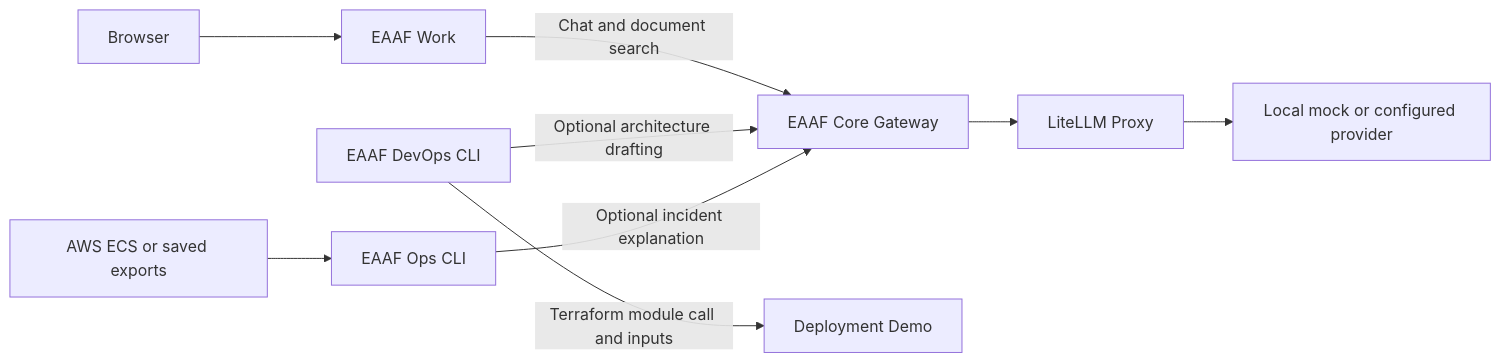
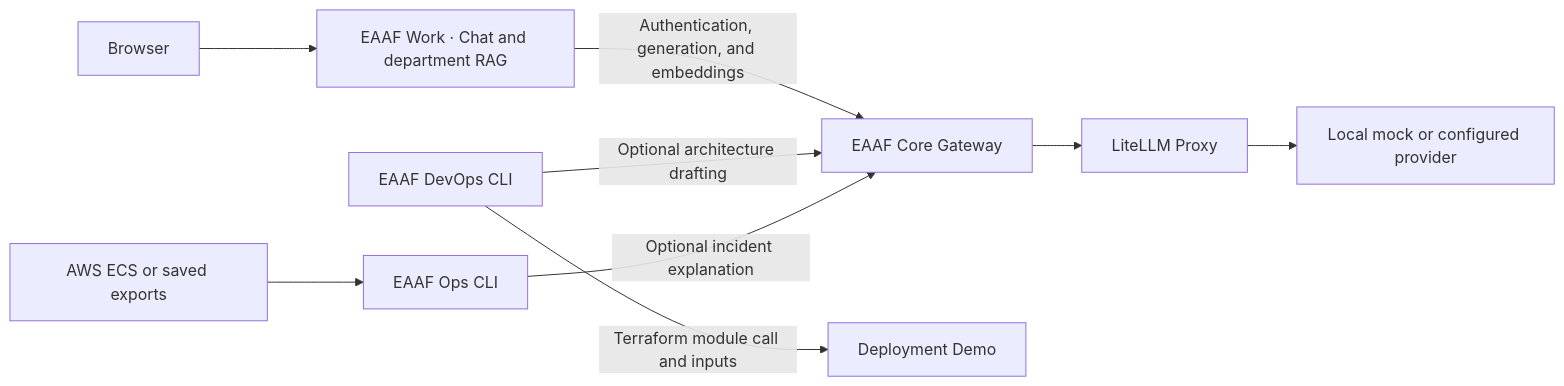
The diagram in README.md (tandrian06/eaaf-project), drawn with Mermaid before and after one commit. The commit also changed other lines of this file and 1 other file, not shown here.

Commit message:
Show Work as the owner of department document search

````diff
--- a/README.md
+++ b/README.md
@@ -29,11 +29,11 @@
 ```mermaid
 flowchart LR
-    User["Browser"] --> Work["EAAF Work"]
-    Work -->|"Chat and document search"| Core["EAAF Core Gateway"]
+    User["Browser"] --> Work["EAAF Work · Chat and department RAG"]
+    Work -->|"Authentication, generation, and embeddings"| Core["EAAF Core Gateway"]
     DevOps["EAAF DevOps CLI"] -->|"Optional architecture drafting"| Core
     ECS["AWS ECS or saved exports"] --> Ops["EAAF Ops CLI"]
     Ops -->|"Optional incident explanation"| Core
     Core --> LiteLLM["LiteLLM Proxy"]
     LiteLLM --> Model["Local mock or configured provider"]
     DevOps -->|"Terraform module call and inputs"| Demo["Deployment Demo"]
 ```
````
